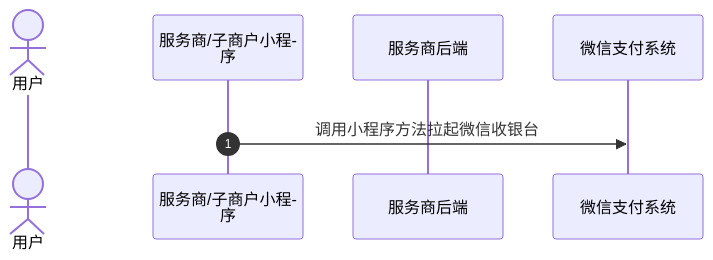
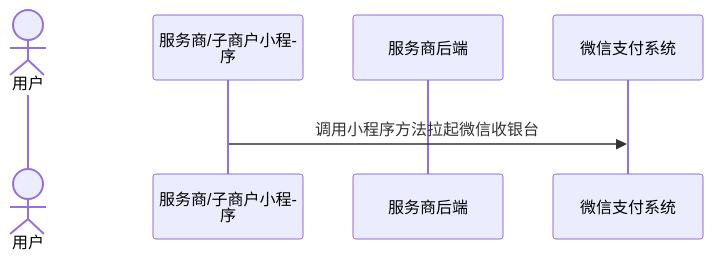
The second of 4 diagrams in docs/partner/pages/4012166836.md (minibear2021/wechatpay_docs), drawn with Mermaid before and after one commit. The commit also changed other lines of this file and 793 other files, not shown here.

````diff
--- a/docs/partner/pages/4012166836.md
+++ b/docs/partner/pages/4012166836.md
@@ -78,13 +78,12 @@
 ```mermaid
 %%{init: { "sequence": { "wrap": true, "wrapPadding": 10, "noteAlign": "left" } } }%%
 sequenceDiagram
     rect rgb(255,255,255)
-        autonumber
         actor User as 用户
         participant Mch as 服务商/子商户小程序
         participant SP as 服务商后端
         participant WxPay as 微信支付系统
 
         Mch->>WxPay: 调用小程序方法拉起微信收银台
     end
 ```
````
